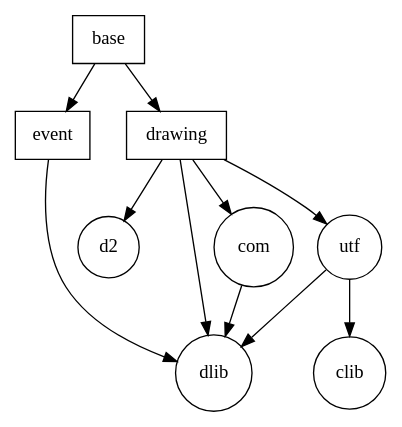
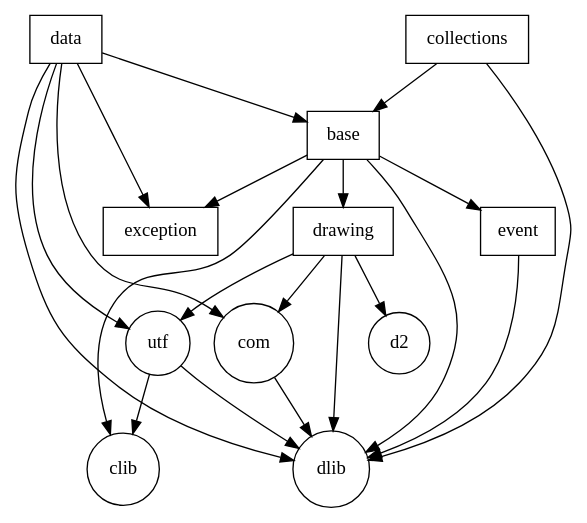
Before and after one commit to o3o/dformlib: the diagram in doc/deps.dot, drawn with Graphviz. The commit also changed 1 other file, not shown here.

Commit message:
Updated data

```diff
--- a/doc/deps.dot
+++ b/doc/deps.dot
@@ -1,20 +1,30 @@
 digraph Dependencies {
 	node [shape=box];
 
 	utf [shape=circle];
 	d2 [shape=circle];
 	dlib [shape=circle];
 	clib [shape=circle];
 	com [shape=circle];
 
 	utf -> clib;
 	utf -> dlib;
 	com -> dlib;
 	event -> dlib;
+	base -> clib;
+	base -> dlib;
 	base -> event;
 	base -> drawing;
+	base -> exception;
 	drawing -> utf;
 	drawing -> dlib;
 	drawing -> com;
 	drawing -> d2;
+	collections -> dlib;
+	collections -> base;
+	data -> base;
+	data -> exception;
+	data -> dlib;
+	data -> utf;
+	data -> com;
 }
```
